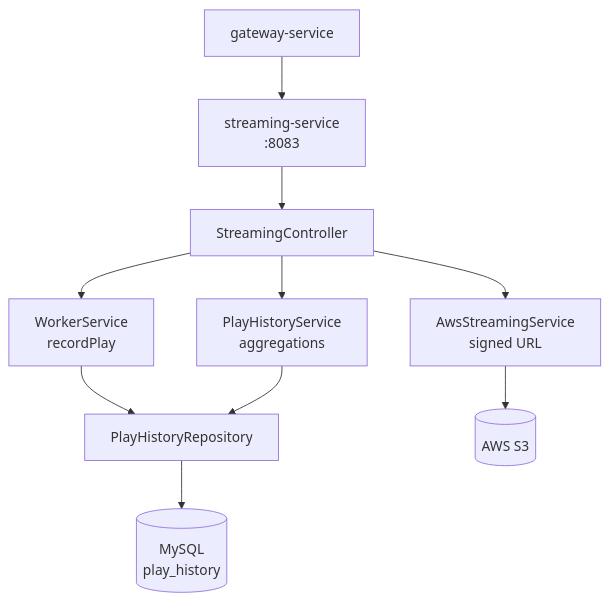
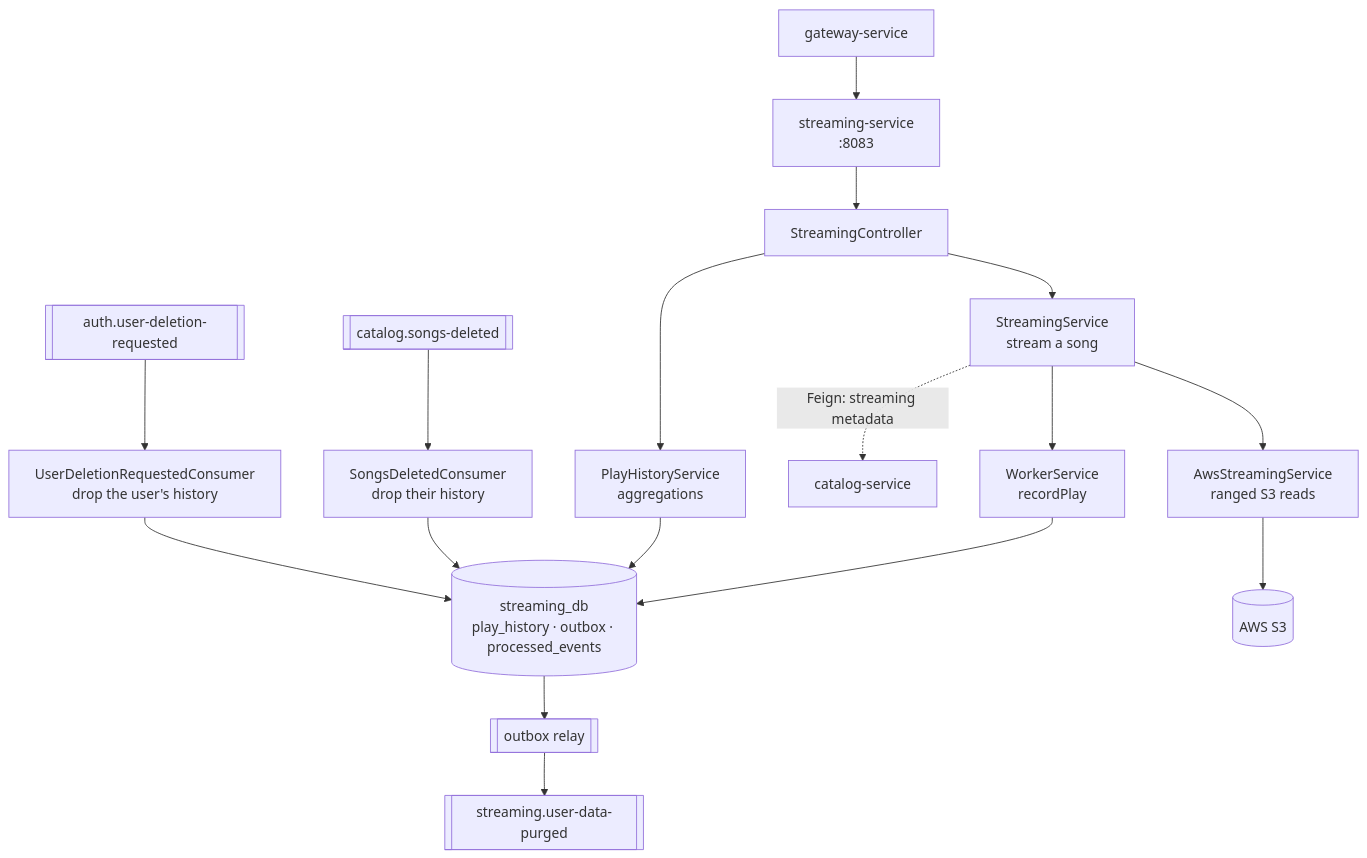
The first of 3 diagrams in streaming-service/README.md (harshithrao07/cadence), drawn with Mermaid before and after one commit. The commit also changed other lines of this file and 5 other files, not shown here.

First line of the commit message:
docs: document database-per-service architecture and sagas

````diff
--- a/streaming-service/README.md
+++ b/streaming-service/README.md
@@ -14,15 +14,18 @@
 ```mermaid
 flowchart TB
     gw[gateway-service] --> streaming[streaming-service<br/>:8083]
 
     streaming --> sc[StreamingController]
-    sc --> ws[WorkerService<br/>recordPlay]
+    sc --> ss[StreamingService<br/>stream a song]
     sc --> phs[PlayHistoryService<br/>aggregations]
-    sc --> ass[AwsStreamingService<br/>signed URL]
+    ss --> ws[WorkerService<br/>recordPlay]
+    ss --> ass[AwsStreamingService<br/>ranged S3 reads]
 
-    ws --> phr[PlayHistoryRepository]
-    phs --> phr
+    ss -.->|Feign: streaming metadata| catalog[catalog-service]
+    ws & phs --> db[(streaming_db<br/>play_history · outbox · processed_events)]
+    ass --> s3[(AWS S3)]
 
-    phr --> mysql[(MySQL<br/>play_history)]
-    ass --> s3[(AWS S3)]
+    in1[[catalog.songs-deleted]] --> sd[SongsDeletedConsumer<br/>drop their history] --> db
+    in2[[auth.user-deletion-requested]] --> purge[UserDeletionRequestedConsumer<br/>drop the user's history] --> db
+    db --> relay[[outbox relay]] --> out1[[streaming.user-data-purged]]
 ```
````
